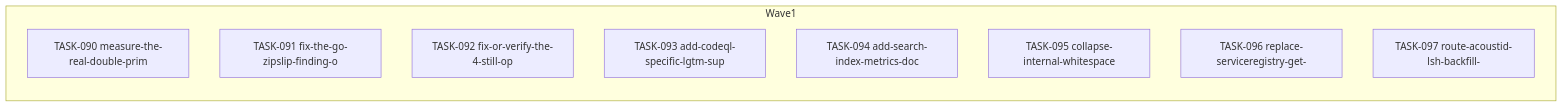
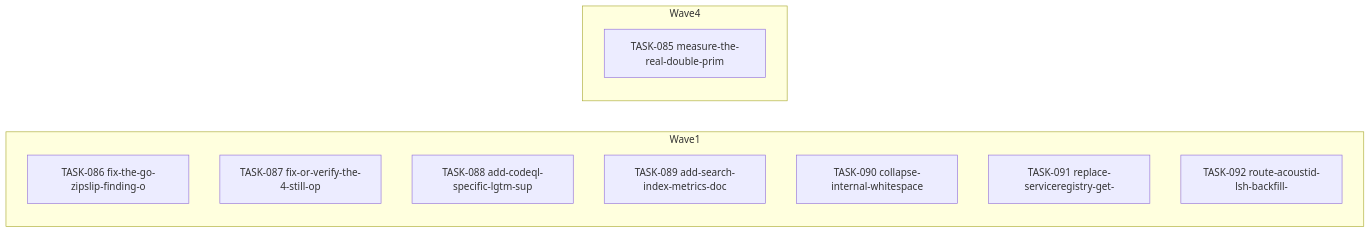
The diagram in docs/agent-tasks/todo-completion/misc-go/orchestration.md (falkcorp/audiobook-organizer), drawn with Mermaid before and after one commit. The commit also changed other lines of this file and 428 other files, not shown here.

````diff
--- a/docs/agent-tasks/todo-completion/misc-go/orchestration.md
+++ b/docs/agent-tasks/todo-completion/misc-go/orchestration.md
@@ -12,14 +12,16 @@
 ```mermaid
 flowchart LR
     subgraph Wave1
-      TASK090[TASK-090 measure-the-real-double-prim]
-      TASK091[TASK-091 fix-the-go-zipslip-finding-o]
-      TASK092[TASK-092 fix-or-verify-the-4-still-op]
-      TASK093[TASK-093 add-codeql-specific-lgtm-sup]
-      TASK094[TASK-094 add-search-index-metrics-doc]
-      TASK095[TASK-095 collapse-internal-whitespace]
-      TASK096[TASK-096 replace-serviceregistry-get-]
-      TASK097[TASK-097 route-acoustid-lsh-backfill-]
+      TASK086[TASK-086 fix-the-go-zipslip-finding-o]
+      TASK087[TASK-087 fix-or-verify-the-4-still-op]
+      TASK088[TASK-088 add-codeql-specific-lgtm-sup]
+      TASK089[TASK-089 add-search-index-metrics-doc]
+      TASK090[TASK-090 collapse-internal-whitespace]
+      TASK091[TASK-091 replace-serviceregistry-get-]
+      TASK092[TASK-092 route-acoustid-lsh-backfill-]
+    end
+    subgraph Wave4
+      TASK085[TASK-085 measure-the-real-double-prim]
     end
 
 ```
````
